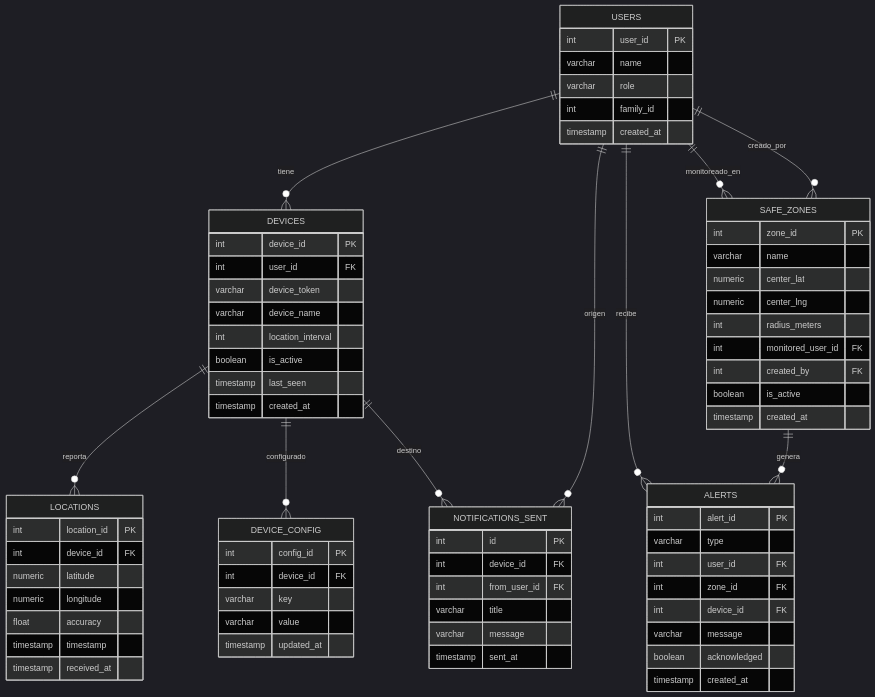
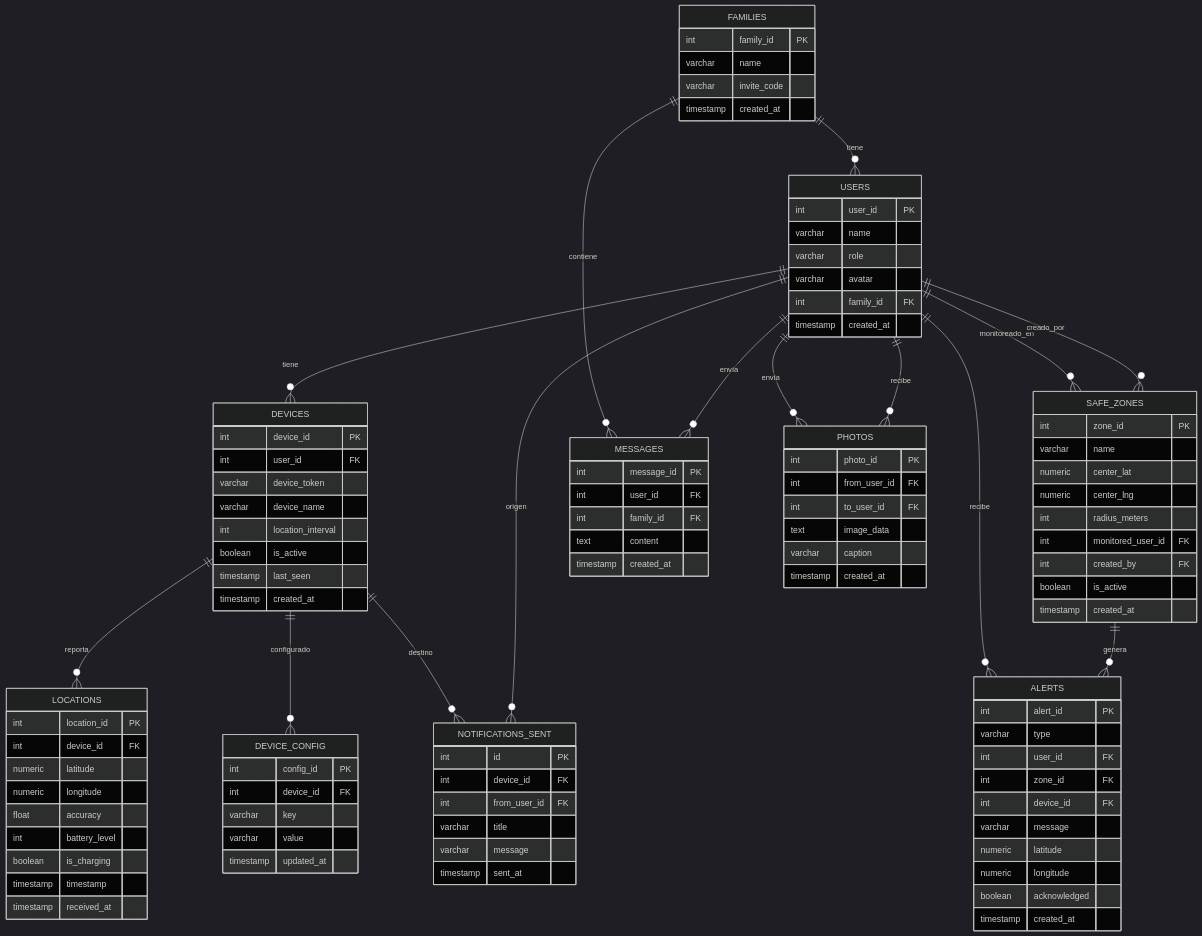
Before and after one commit to monghithub/familitrack: diagram 15 of 16 in docs/architecture.md, drawn with Mermaid (dark theme). The commit also changed other lines of this file and 7 other files, not shown here.

````diff
--- a/docs/architecture.md
+++ b/docs/architecture.md
@@ -354,10 +606,18 @@
 ```mermaid
 erDiagram
+    FAMILIES {
+        int family_id PK
+        varchar name
+        varchar invite_code
+        timestamp created_at
+    }
+
     USERS {
         int user_id PK
         varchar name
         varchar role
-        int family_id
+        varchar avatar
+        int family_id FK
         timestamp created_at
     }
 
@@ -378,6 +638,8 @@
         numeric latitude
         numeric longitude
         float accuracy
+        int battery_level
+        boolean is_charging
         timestamp timestamp
         timestamp received_at
     }
@@ -401,6 +663,8 @@
         int zone_id FK
         int device_id FK
         varchar message
+        numeric latitude
+        numeric longitude
         boolean acknowledged
         timestamp created_at
     }
@@ -422,6 +686,24 @@
         timestamp sent_at
     }
 
+    MESSAGES {
+        int message_id PK
+        int user_id FK
+        int family_id FK
+        text content
+        timestamp created_at
+    }
+
+    PHOTOS {
+        int photo_id PK
+        int from_user_id FK
+        int to_user_id FK
+        text image_data
+        varchar caption
+        timestamp created_at
+    }
+
+    FAMILIES ||--o{ USERS : "tiene"
     USERS ||--o{ DEVICES : "tiene"
     DEVICES ||--o{ LOCATIONS : "reporta"
     USERS ||--o{ SAFE_ZONES : "monitoreado_en"
@@ -431,4 +713,8 @@
     DEVICES ||--o{ DEVICE_CONFIG : "configurado"
     DEVICES ||--o{ NOTIFICATIONS_SENT : "destino"
     USERS ||--o{ NOTIFICATIONS_SENT : "origen"
+    FAMILIES ||--o{ MESSAGES : "contiene"
+    USERS ||--o{ MESSAGES : "envía"
+    USERS ||--o{ PHOTOS : "envía"
+    USERS ||--o{ PHOTOS : "recibe"
 ```
````
